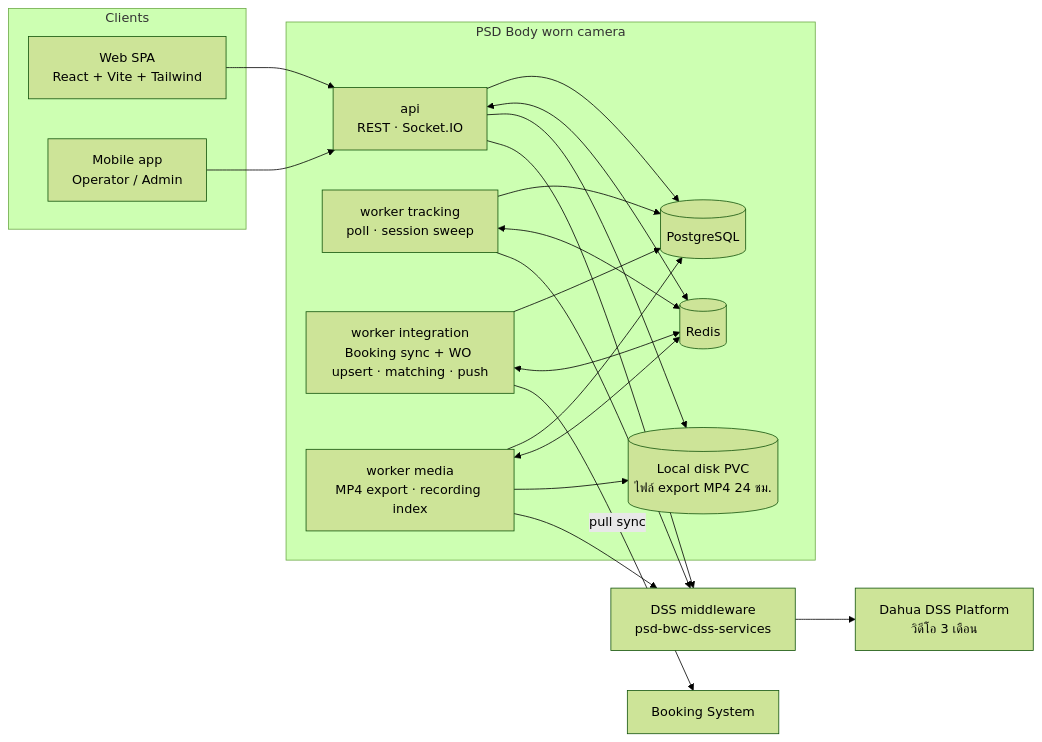
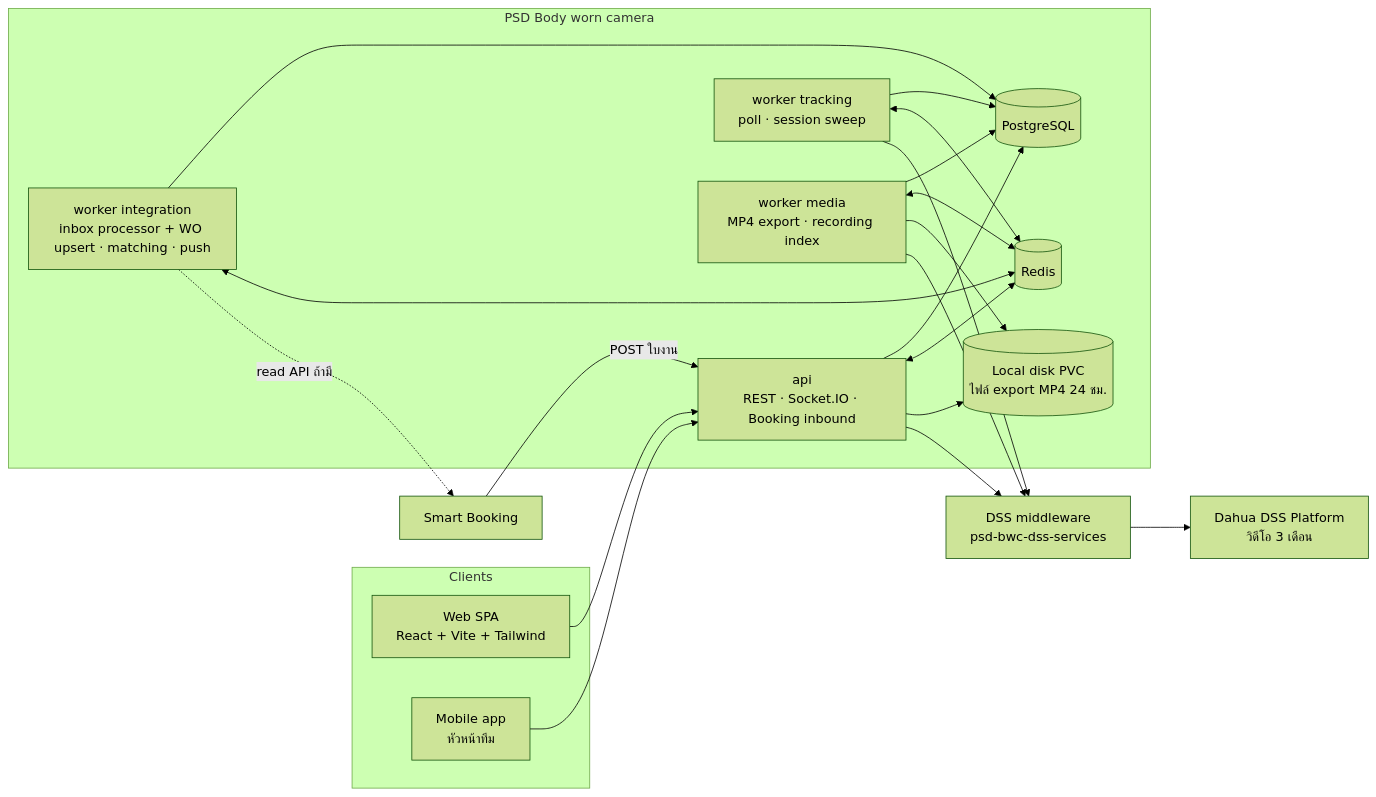
One commit to b-werayut/psd-bodycam-v1.0 changed the diagram in docs/blueprint/README.md. Above: the diagram before and after it, drawn with Mermaid (forest theme). The commit also changed other lines of this file and 15 other files, not shown here.

````diff
--- a/docs/blueprint/README.md
+++ b/docs/blueprint/README.md
@@ -92,36 +105,37 @@
 ```mermaid
 flowchart LR
   subgraph Client["Clients"]
     WEB["Web SPA<br/>React + Vite + Tailwind"]
-    MOB["Mobile app<br/>Operator / Admin"]
+    MOB["Mobile app<br/>หัวหน้าทีม"]
   end
   subgraph Platform["PSD Body worn camera"]
-    API["api<br/>REST · Socket.IO"]
+    API["api<br/>REST · Socket.IO · Booking inbound"]
     WT["worker tracking<br/>poll · session sweep"]
-    WI["worker integration<br/>Booking sync + WO upsert · matching · push"]
+    WI["worker integration<br/>inbox processor + WO upsert · matching · push"]
     WM["worker media<br/>MP4 export · recording index"]
     PG[("PostgreSQL")]
     RD[("Redis")]
     FS[("Local disk PVC<br/>ไฟล์ export MP4 24 ชม.")]
   end
   DSS["DSS middleware<br/>psd-bwc-dss-services"]
   DSV["Dahua DSS Platform<br/>วิดีโอ 3 เดือน"]
-  BK["Booking System"]
+  BK["Smart Booking"]
   WEB --> API
   MOB --> API
+  BK -- "POST ใบงาน" --> API
   API --> PG
   API <--> RD
   WT --> PG
   WI --> PG
   WM --> PG
   WT <--> RD
   WI <--> RD
   WM <--> RD
   WM --> FS
   API --> FS
   WT --> DSS
   API --> DSS
   WM --> DSS
   DSS --> DSV
-  WI -- "pull sync" --> BK
+  WI -. "read API ถ้ามี" .-> BK
 ```
````
